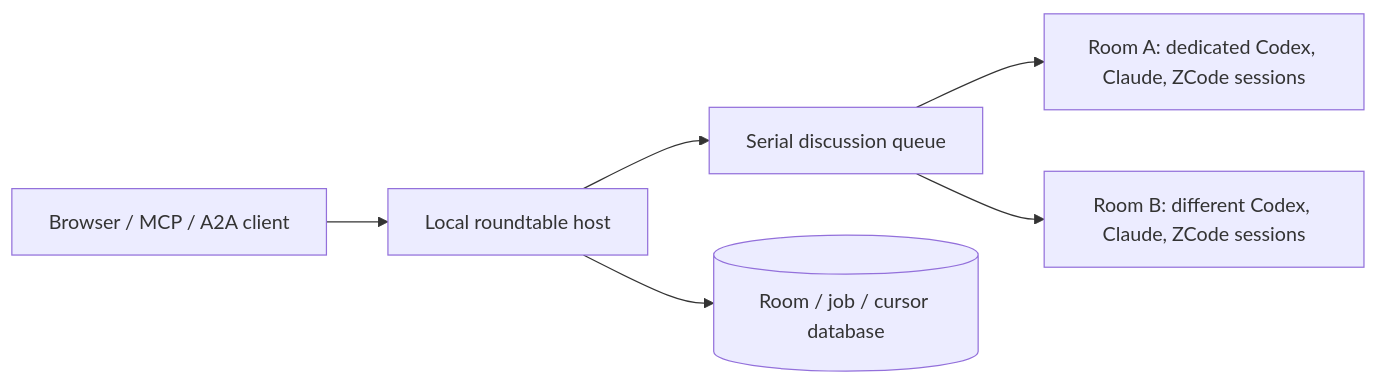
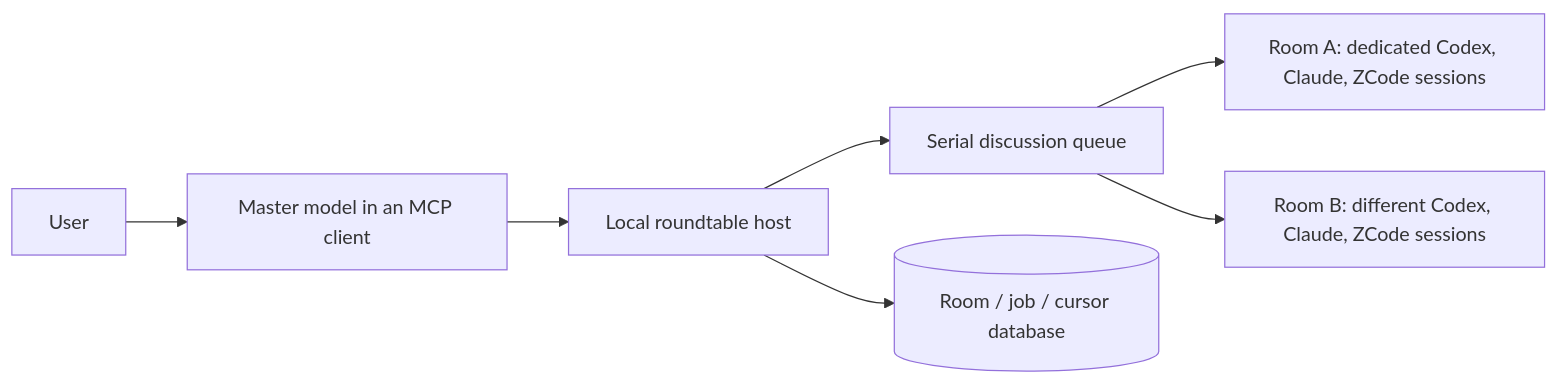
One commit to zhangsensen/a2a-workbench changed the diagram in README.md. Above: the diagram before and after it, drawn with Mermaid. The commit also changed other lines of this file and 8 other files, not shown here.

````diff
--- a/README.md
+++ b/README.md
@@ -17,8 +21,9 @@
 ```mermaid
 flowchart LR
-    UI[Browser / MCP / A2A client] --> H[Local roundtable host]
+    U[User] --> M[Master model in an MCP client]
+    M --> H[Local roundtable host]
     H --> Q[Serial discussion queue]
     H --> DB[(Room / job / cursor database)]
     Q --> A[Room A: dedicated Codex, Claude, ZCode sessions]
     Q --> B[Room B: different Codex, Claude, ZCode sessions]
 ```
````
